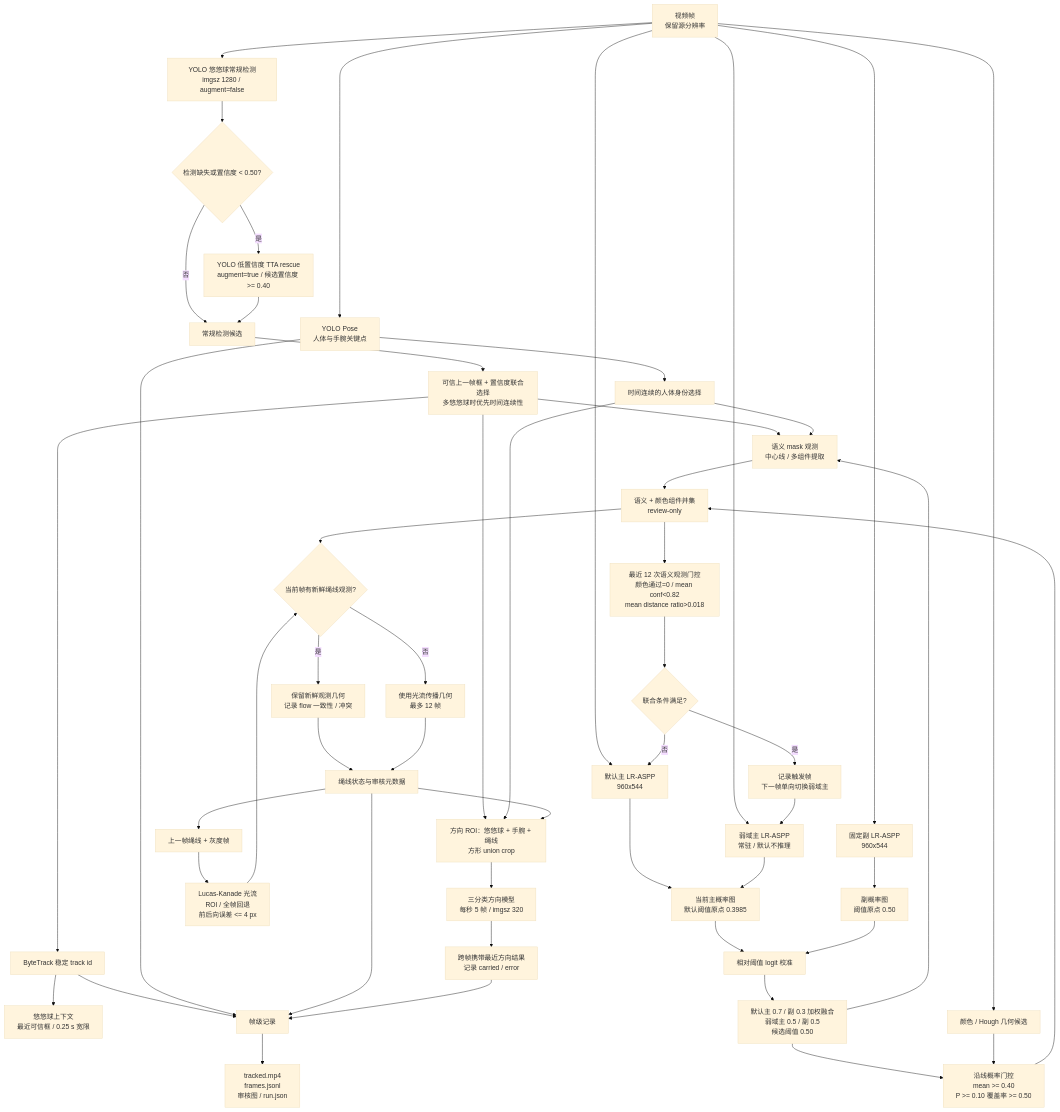
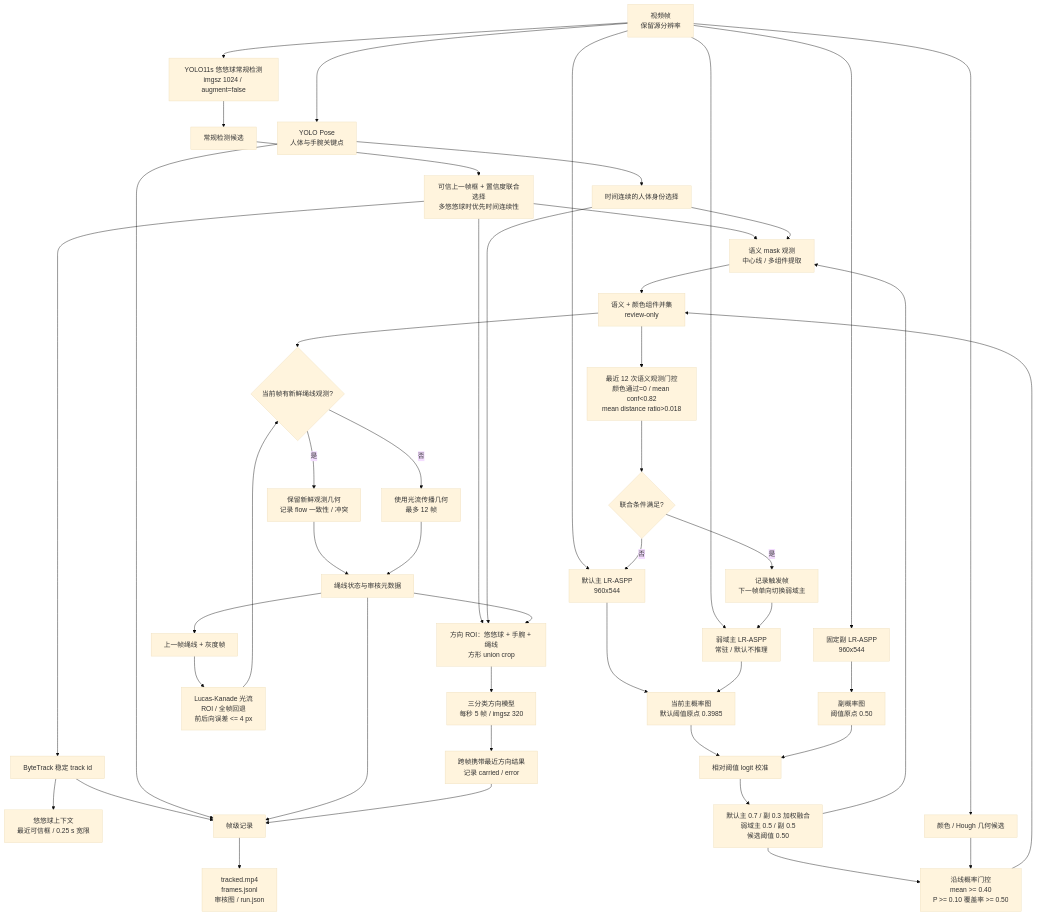
The fourth of 4 diagrams in reports/architecture_pipeline.md (EvannZhongg/YoYo-Model), drawn with Mermaid (base theme) before and after one commit. The commit also changed other lines of this file and 6 other files, not shown here.

````diff
--- a/reports/architecture_pipeline.md
+++ b/reports/architecture_pipeline.md
@@ -100,58 +100,55 @@
 ```mermaid
 flowchart TD
-    A[视频帧<br/>保留源分辨率] --> B[YOLO 悠悠球常规检测<br/>imgsz 1280 / augment=false]
-    B --> C{检测缺失或置信度 < 0.50?}
-    C -->|否| E[常规检测候选]
-    C -->|是| D[YOLO 低置信度 TTA rescue<br/>augment=true / 候选置信度 >= 0.40]
-    D --> E
+    A[视频帧<br/>保留源分辨率] --> B[YOLO11s 悠悠球常规检测<br/>imgsz 1024 / augment=false]
+    B --> E[常规检测候选]
     E --> F[可信上一帧框 + 置信度联合选择<br/>多悠悠球时优先时间连续性]
     F --> G[ByteTrack 稳定 track id]
 
     A --> H[YOLO Pose<br/>人体与手腕关键点]
     G --> I[悠悠球上下文<br/>最近可信框 / 0.25 s 宽限]
     H --> J[时间连续的人体身份选择]
 
     A --> K[默认主 LR-ASPP<br/>960x544]
     A --> L[固定副 LR-ASPP<br/>960x544]
     A --> KA[弱域主 LR-ASPP<br/>常驻 / 默认不推理]
     K --> M[当前主概率图<br/>默认阈值原点 0.3985]
     KA --> M
     L --> N[副概率图<br/>阈值原点 0.50]
     M --> O[相对阈值 logit 校准]
     N --> O
     O --> P[默认主 0.7 / 副 0.3 加权融合<br/>弱域主 0.5 / 副 0.5<br/>候选阈值 0.50]
     F --> Q[语义 mask 观测<br/>中心线 / 多组件提取]
     J --> Q
     P --> Q
     A --> R[颜色 / Hough 几何候选]
     P --> S[沿线概率门控<br/>mean >= 0.40<br/>P >= 0.10 覆盖率 >= 0.50]
     R --> S
     S --> T[语义 + 颜色组件并集<br/>review-only]
     Q --> T
     T --> GA[最近 12 次语义观测门控<br/>颜色通过=0 / mean conf&lt;0.82<br/>mean distance ratio&gt;0.018]
     GA --> GB{联合条件满足?}
     GB -->|否| K
     GB -->|是| GC[记录触发帧<br/>下一帧单向切换弱域主]
     GC --> KA
 
     T --> U{当前帧有新鲜绳线观测?}
     V[上一帧绳线 + 灰度帧] --> W[Lucas-Kanade 光流<br/>ROI / 全帧回退<br/>前后向误差 <= 4 px]
     W --> U
     U -->|是| X[保留新鲜观测几何<br/>记录 flow 一致性 / 冲突]
     U -->|否| Y[使用光流传播几何<br/>最多 12 帧]
     X --> Z[绳线状态与审核元数据]
     Y --> Z
     Z --> V
 
     F --> AA[方向 ROI：悠悠球 + 手腕 + 绳线<br/>方形 union crop]
     J --> AA
     Z --> AA
     AA --> AB[三分类方向模型<br/>每秒 5 帧 / imgsz 320]
     AB --> AC[跨帧携带最近方向结果<br/>记录 carried / error]
 
     G --> AD[帧级记录]
     H --> AD
     Z --> AD
     AC --> AD
     AD --> AE[tracked.mp4<br/>frames.jsonl<br/>审核图 / run.json]
 ```
````
